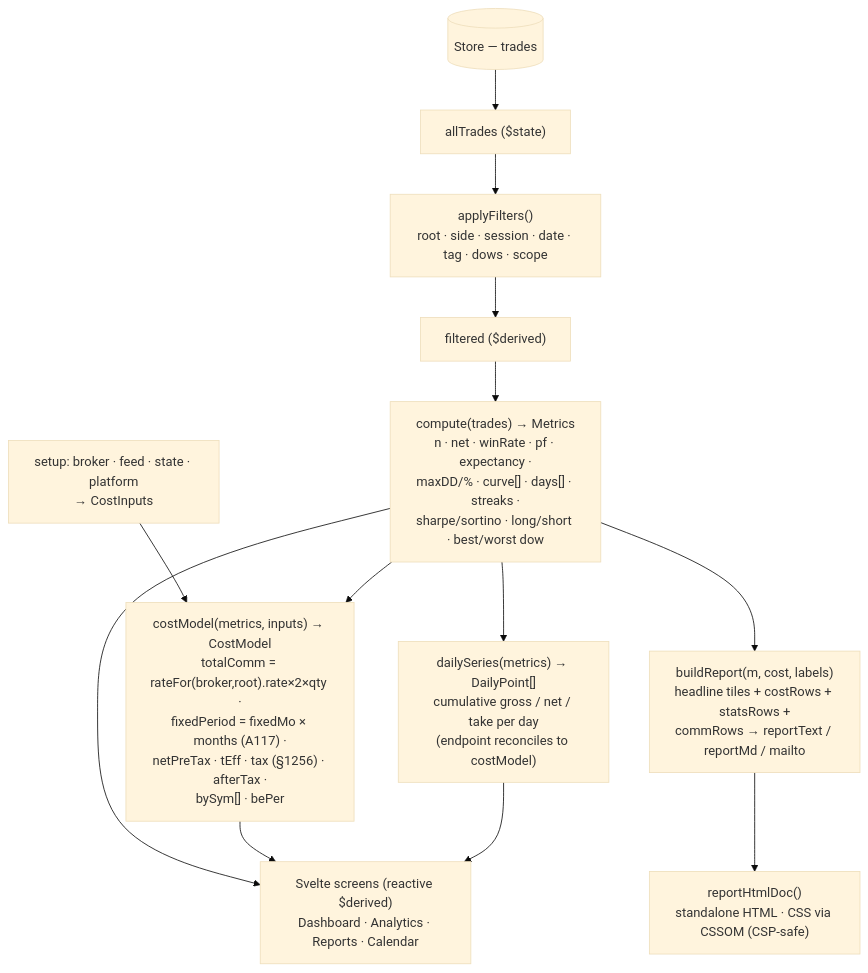
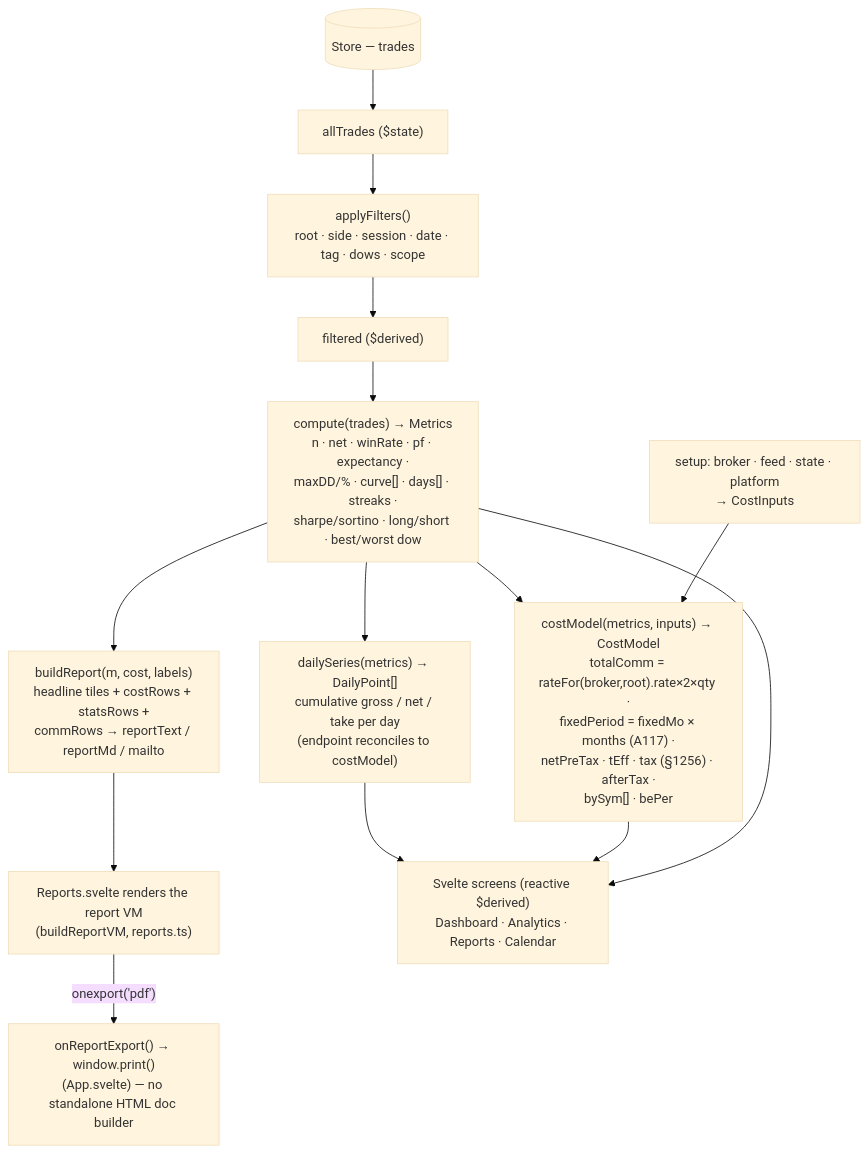
The diagram in docs/architecture-diagrams/compute-costmodel-render.md (mitchGuthrieDev/blotterbook), drawn with Mermaid (base theme) before and after one commit. The commit also changed other lines of this file and 33 other files, not shown here.

First line of the commit message:
feat: backlog audit + docs sync, auth-flow diagram, Analytics/Calendar module sizing (A271/A272), changelog-email pages.dev fix (A315) (#129)

````diff
--- a/docs/architecture-diagrams/compute-costmodel-render.md
+++ b/docs/architecture-diagrams/compute-costmodel-render.md
@@ -10,19 +10,20 @@
 ```mermaid
 flowchart TD
     STORE[("Store — trades")] --> ALL["allTrades ($state)"]
     ALL --> FILT["applyFilters()<br/>root · side · session · date · tag · dows · scope"]
     FILT --> FILTERED["filtered ($derived)"]
 
     FILTERED --> COMPUTE["compute(trades) → Metrics<br/>n · net · winRate · pf · expectancy ·<br/>maxDD/% · curve[] · days[] · streaks ·<br/>sharpe/sortino · long/short · best/worst dow"]
 
     SETUP["setup: broker · feed · state · platform<br/>→ CostInputs"] --> COST
     COMPUTE --> COST["costModel(metrics, inputs) → CostModel<br/>totalComm = rateFor(broker,root).rate×2×qty ·<br/>fixedPeriod = fixedMo × months (A117) ·<br/>netPreTax · tEff · tax (§1256) · afterTax ·<br/>bySym[] · bePer"]
 
     COMPUTE --> CURVE["dailySeries(metrics) → DailyPoint[]<br/>cumulative gross / net / take per day<br/>(endpoint reconciles to costModel)"]
     COMPUTE --> REPORT["buildReport(m, cost, labels)<br/>headline tiles + costRows + statsRows +<br/>commRows → reportText / reportMd / mailto"]
-    REPORT --> HTMLDOC["reportHtmlDoc()<br/>standalone HTML · CSS via CSSOM (CSP-safe)"]
+    REPORT --> REPORTSCREEN["Reports.svelte renders the report VM<br/>(buildReportVM, reports.ts)"]
+    REPORTSCREEN -->|"onexport('pdf')"| PRINT["onReportExport() → window.print()<br/>(App.svelte) — no standalone HTML doc builder"]
 
     COMPUTE --> RENDER["Svelte screens (reactive $derived)<br/>Dashboard · Analytics · Reports · Calendar"]
     COST --> RENDER
     CURVE --> RENDER
 ```
````
